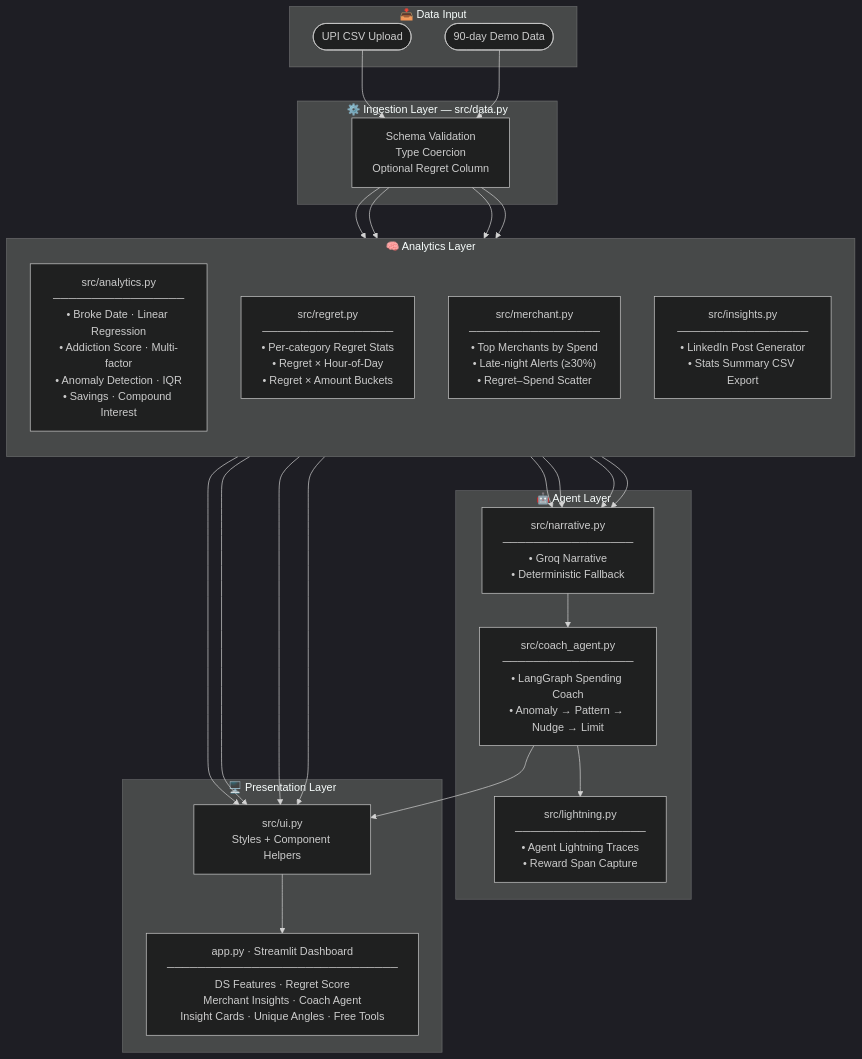
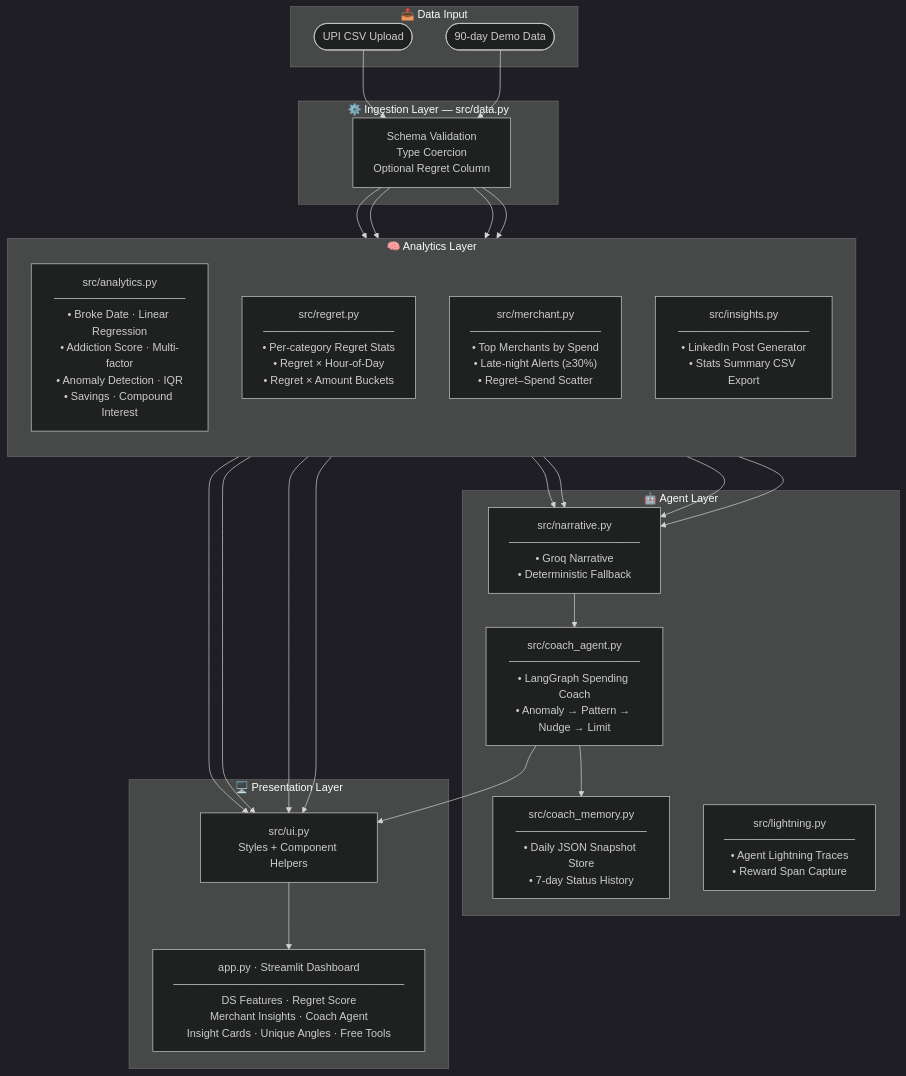
One commit to Yashaswini-V21/UPI-Mirror changed the diagram in README.md. Above: the diagram before and after it, drawn with Mermaid (dark theme). The commit also changed other lines of this file and 2 other files, not shown here.

First line of the commit message:
the coach now remembers — daily snapshots saved and a 7-day status chart added to the dashboard

````diff
--- a/README.md
+++ b/README.md
@@ -89,38 +90,39 @@
 ```mermaid
 flowchart TD
     subgraph INPUT["📥 Data Input"]
         A1([UPI CSV Upload]) 
         A2([90-day Demo Data])
     end
 
     subgraph INGESTION["⚙️ Ingestion Layer — src/data.py"]
         B[Schema Validation\nType Coercion\nOptional Regret Column]
     end
 
     subgraph ANALYTICS["🧠 Analytics Layer"]
         direction TB
         D["src/analytics.py\n─────────────────\n• Broke Date · Linear Regression\n• Addiction Score · Multi-factor\n• Anomaly Detection · IQR\n• Savings · Compound Interest"]
         E["src/regret.py\n─────────────────\n• Per-category Regret Stats\n• Regret × Hour-of-Day\n• Regret × Amount Buckets"]
         F["src/merchant.py\n─────────────────\n• Top Merchants by Spend\n• Late-night Alerts (≥30%)\n• Regret–Spend Scatter"]
         G["src/insights.py\n─────────────────\n• LinkedIn Post Generator\n• Stats Summary CSV Export"]
     end
 
     subgraph AGENT["🤖 Agent Layer"]
         I["src/narrative.py\n─────────────────\n• Groq Narrative\n• Deterministic Fallback"]
         J["src/coach_agent.py\n─────────────────\n• LangGraph Spending Coach\n• Anomaly → Pattern → Nudge → Limit"]
-        K["src/lightning.py\n─────────────────\n• Agent Lightning Traces\n• Reward Span Capture"]
+        K["src/coach_memory.py\n─────────────────\n• Daily JSON Snapshot Store\n• 7-day Status History"]
+        L["src/lightning.py\n─────────────────\n• Agent Lightning Traces\n• Reward Span Capture"]
     end
 
     subgraph PRESENTATION["🖥️ Presentation Layer"]
         H["src/ui.py\nStyles + Component Helpers"]
         APP["app.py · Streamlit Dashboard\n──────────────────────────────\nDS Features · Regret Score\nMerchant Insights · Coach Agent\nInsight Cards · Unique Angles · Free Tools"]
     end
 
     A1 & A2 --> B
     B --> D & E & F & G
     D & E & F & G --> I
     I --> J --> K
     D & E & F & G --> H
     J --> H
     H --> APP
 ```
````
